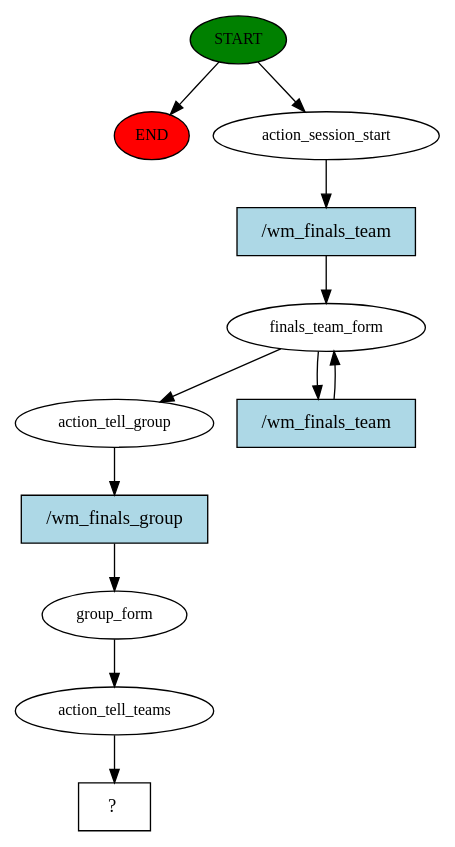
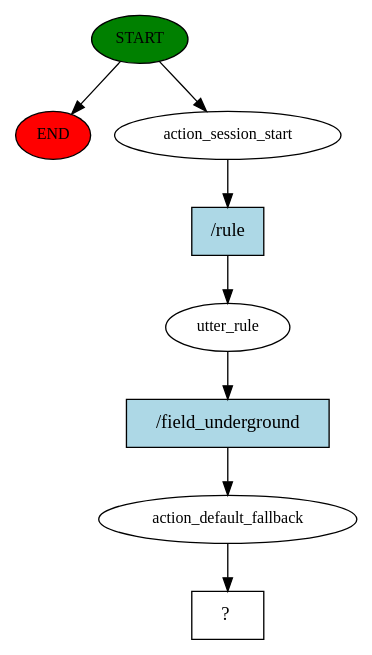
One commit to sjproost/alfa-bot changed the diagram in story_graph.dot. Above: the diagram before and after it, drawn with Graphviz. The commit also changed 6 other files, not shown here.

```diff
--- a/story_graph.dot
+++ b/story_graph.dot
@@ -1,24 +1,17 @@
 digraph  {
 0 [class="start active", fillcolor=green, fontsize=12, label=START, style=filled];
 "-1" [class=end, fillcolor=red, fontsize=12, label=END, style=filled];
 1 [class=active, fontsize=12, label=action_session_start];
-2 [class=active, fontsize=12, label=finals_team_form];
-4 [class=active, fontsize=12, label=action_tell_group];
-5 [class=active, fontsize=12, label=group_form];
-6 [class=active, fontsize=12, label=action_tell_teams];
-7 [class="intent dashed active", label="  ?  ", shape=rect];
-8 [class="intent active", fillcolor=lightblue, label="/wm_finals_team", shape=rect, style=filled];
-9 [class="intent active", fillcolor=lightblue, label="/wm_finals_team", shape=rect, style=filled];
-10 [class="intent active", fillcolor=lightblue, label="/wm_finals_group", shape=rect, style=filled];
+2 [class=active, fontsize=12, label=utter_rule];
+3 [class=active, fontsize=12, label=action_default_fallback];
+4 [class="intent dashed active", label="  ?  ", shape=rect];
+5 [class="intent active", fillcolor=lightblue, label="/rule", shape=rect, style=filled];
+6 [class="intent active", fillcolor=lightblue, label="/field_underground", shape=rect, style=filled];
 0 -> "-1"  [class="", key=NONE, label=""];
 0 -> 1  [class=active, key=NONE, label=""];
-1 -> 8  [class=active, key=0];
-2 -> 4  [class=active, key=NONE, label=""];
-2 -> 9  [class=active, key=0];
-4 -> 10  [class=active, key=0];
-5 -> 6  [class=active, key=NONE, label=""];
-6 -> 7  [class=active, key=NONE, label=""];
-8 -> 2  [class=active, key=0];
-9 -> 2  [class=active, key=0];
-10 -> 5  [class=active, key=0];
+1 -> 5  [class=active, key=0];
+2 -> 6  [class=active, key=0];
+3 -> 4  [class=active, key=NONE, label=""];
+5 -> 2  [class=active, key=0];
+6 -> 3  [class=active, key=0];
 }
```
